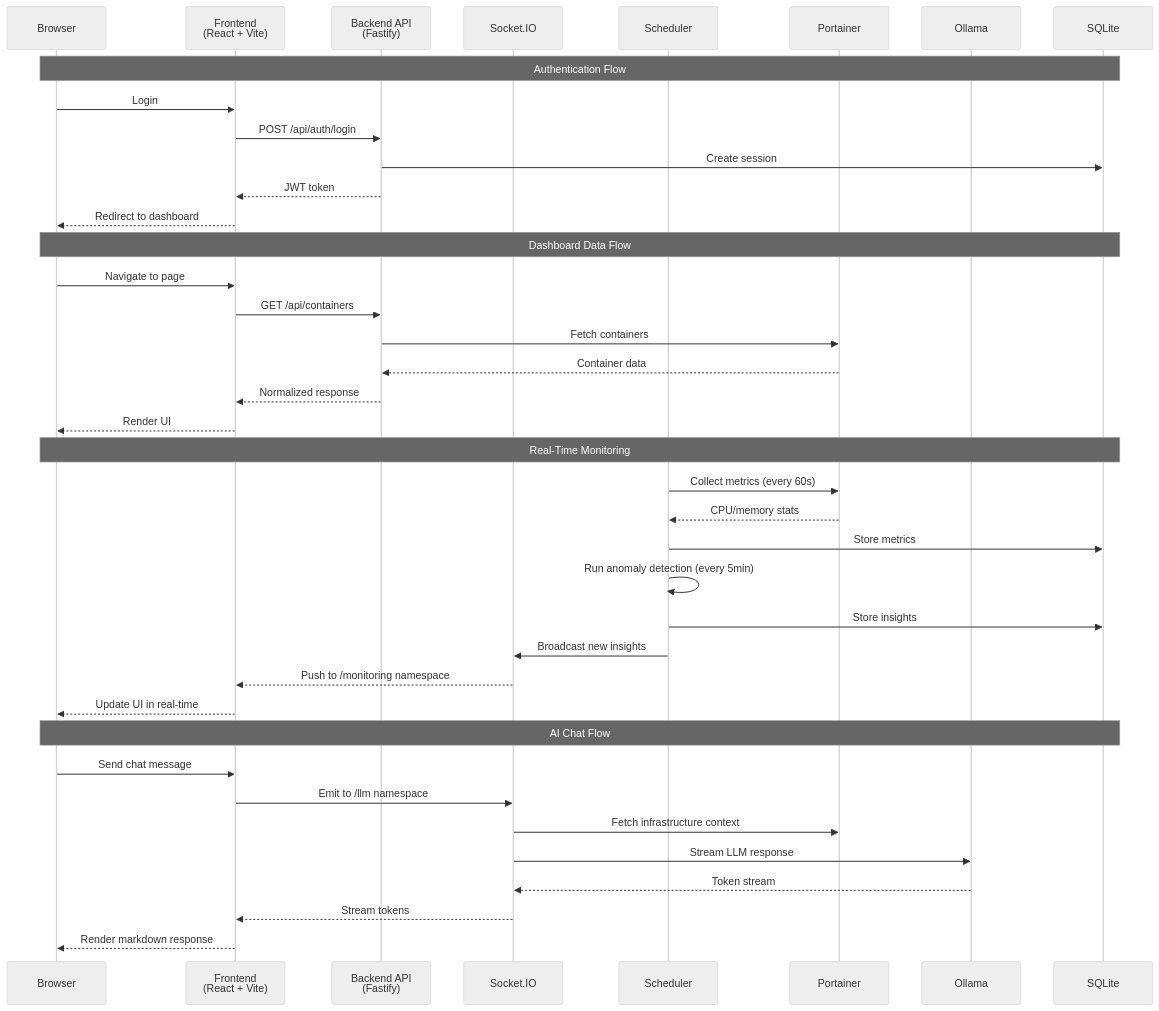
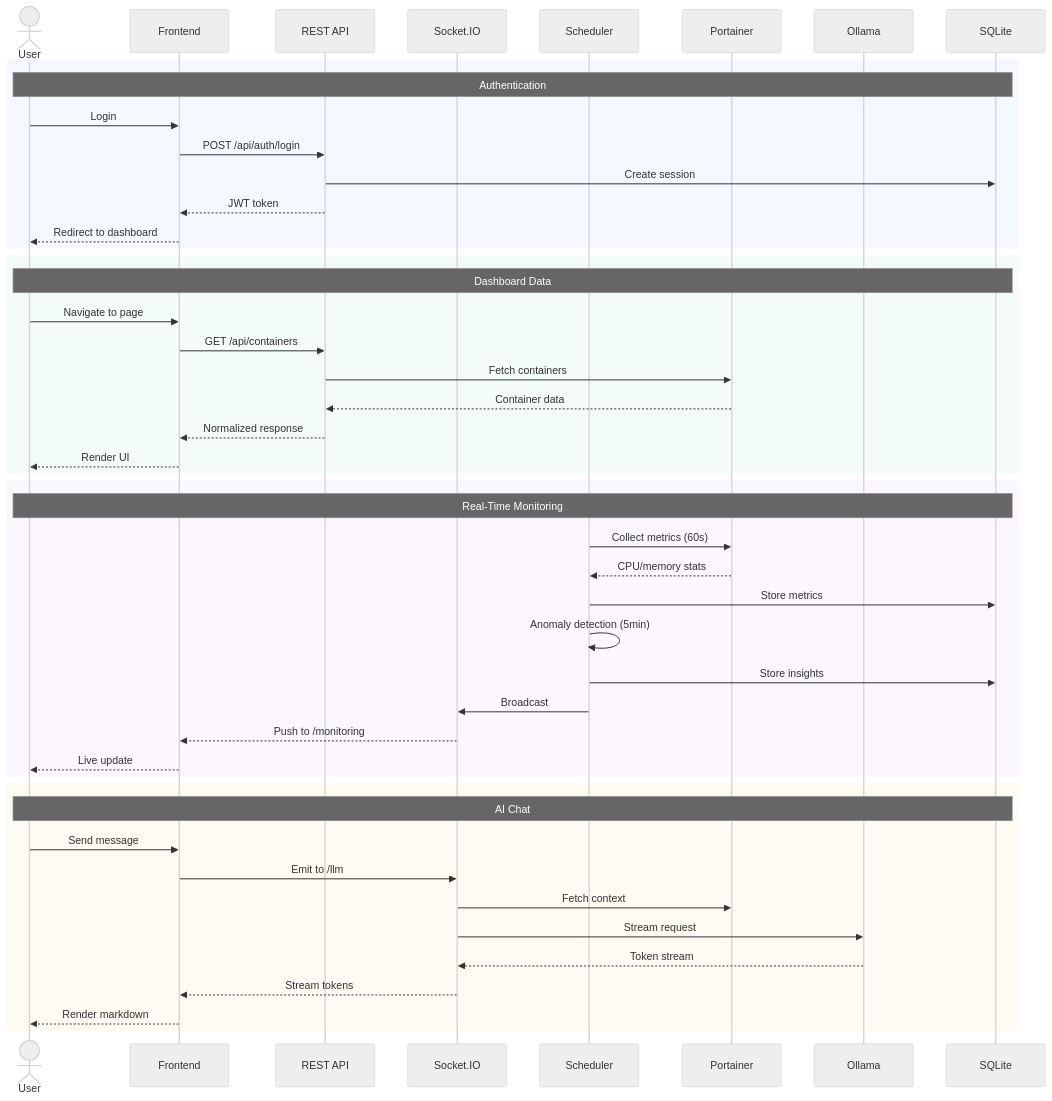
The second of 2 diagrams in docs/architecture.md (kenhaesler/ai-portainer-dashboard), drawn with Mermaid (neutral theme) before and after one commit. The commit also changed other lines of this file, not shown here.

First line of the commit message:
docs: redesign mermaid diagrams for cleaner rendering

````diff
--- a/docs/architecture.md
+++ b/docs/architecture.md
@@ -214,45 +106,53 @@
 ```mermaid
 sequenceDiagram
-    participant Browser
-    participant Frontend as Frontend<br/>(React + Vite)
-    participant API as Backend API<br/>(Fastify)
+    actor User
+    participant FE as Frontend
+    participant API as REST API
     participant WS as Socket.IO
-    participant Scheduler as Scheduler
-    participant Portainer
-    participant Ollama
+    participant Sched as Scheduler
+    participant Port as Portainer
+    participant LLM as Ollama
     participant DB as SQLite
 
-    Note over Browser,DB: Authentication Flow
-    Browser->>Frontend: Login
-    Frontend->>API: POST /api/auth/login
-    API->>DB: Create session
-    API-->>Frontend: JWT token
-    Frontend-->>Browser: Redirect to dashboard
+    rect rgba(59, 130, 246, 0.05)
+        Note over User,DB: Authentication
+        User->>FE: Login
+        FE->>API: POST /api/auth/login
+        API->>DB: Create session
+        API-->>FE: JWT token
+        FE-->>User: Redirect to dashboard
+    end
 
-    Note over Browser,DB: Dashboard Data Flow
-    Browser->>Frontend: Navigate to page
-    Frontend->>API: GET /api/containers
-    API->>Portainer: Fetch containers
-    Portainer-->>API: Container data
-    API-->>Frontend: Normalized response
-    Frontend-->>Browser: Render UI
+    rect rgba(34, 197, 94, 0.05)
+        Note over User,DB: Dashboard Data
+        User->>FE: Navigate to page
+        FE->>API: GET /api/containers
+        API->>Port: Fetch containers
+        Port-->>API: Container data
+        API-->>FE: Normalized response
+        FE-->>User: Render UI
+    end
 
-    Note over Browser,DB: Real-Time Monitoring
-    Scheduler->>Portainer: Collect metrics (every 60s)
-    Portainer-->>Scheduler: CPU/memory stats
-    Scheduler->>DB: Store metrics
-    Scheduler->>Scheduler: Run anomaly detection (every 5min)
-    Scheduler->>DB: Store insights
-    Scheduler->>WS: Broadcast new insights
-    WS-->>Frontend: Push to /monitoring namespace
-    Frontend-->>Browser: Update UI in real-time
+    rect rgba(168, 85, 247, 0.05)
+        Note over User,DB: Real-Time Monitoring
+        Sched->>Port: Collect metrics (60s)
+        Port-->>Sched: CPU/memory stats
+        Sched->>DB: Store metrics
+        Sched->>Sched: Anomaly detection (5min)
+        Sched->>DB: Store insights
+        Sched->>WS: Broadcast
+        WS-->>FE: Push to /monitoring
+        FE-->>User: Live update
+    end
 
-    Note over Browser,DB: AI Chat Flow
-    Browser->>Frontend: Send chat message
-    Frontend->>WS: Emit to /llm namespace
-    WS->>Portainer: Fetch infrastructure context
-    WS->>Ollama: Stream LLM response
-    Ollama-->>WS: Token stream
-    WS-->>Frontend: Stream tokens
-    Frontend-->>Browser: Render markdown response
+    rect rgba(245, 158, 11, 0.05)
+        Note over User,DB: AI Chat
+        User->>FE: Send message
+        FE->>WS: Emit to /llm
+        WS->>Port: Fetch context
+        WS->>LLM: Stream request
+        LLM-->>WS: Token stream
+        WS-->>FE: Stream tokens
+        FE-->>User: Render markdown
+    end
 ```
````
